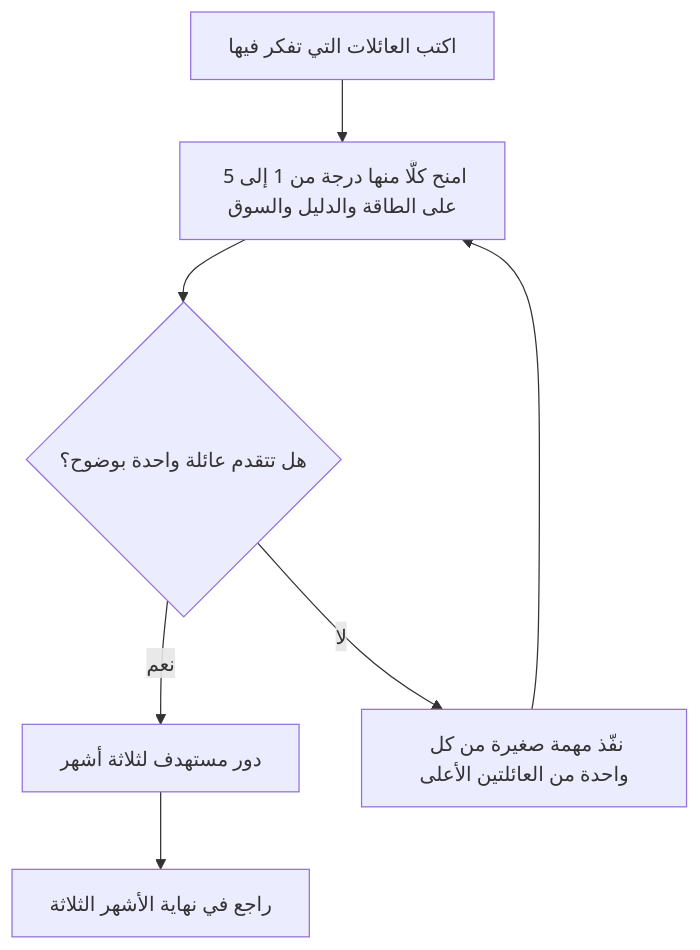
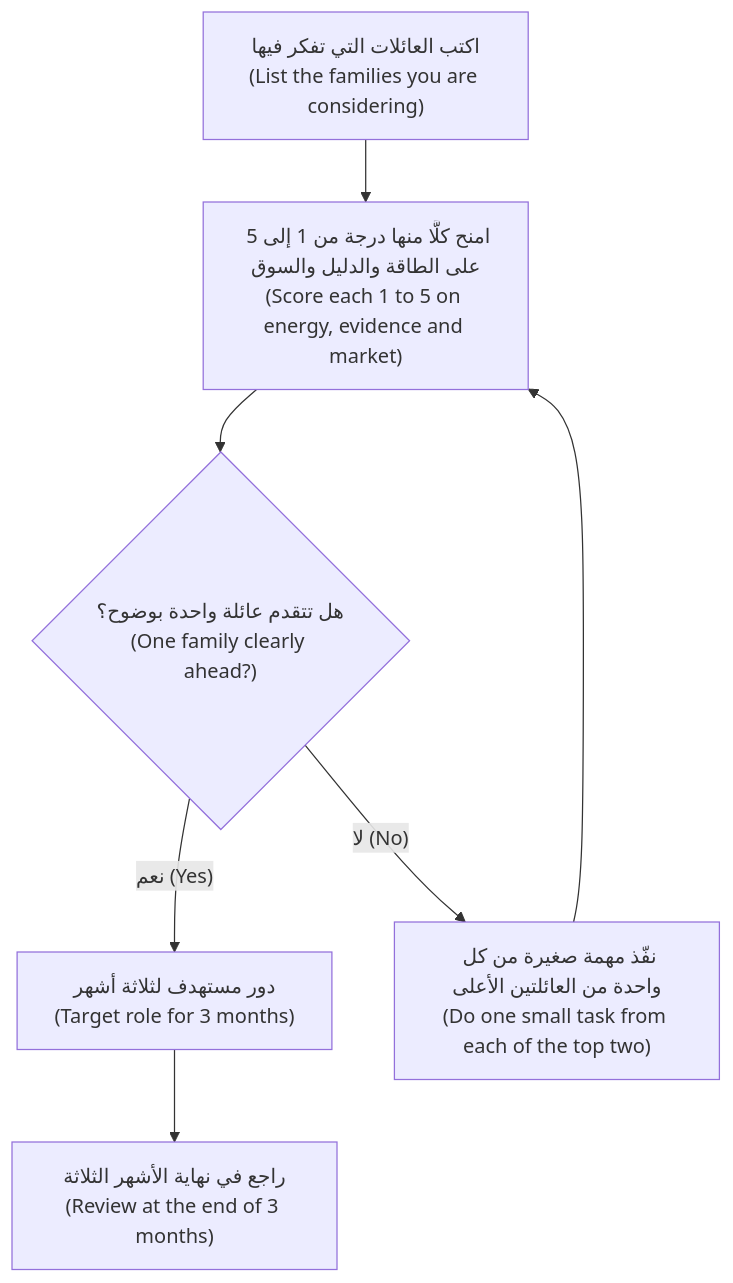
The second of 3 diagrams in career/modules/00-orientation.ar.md (Tamoura/system-design-for-vibe-coders), drawn with Mermaid before and after one commit. The commit also changed other lines of this file and 20 other files, not shown here.

First line of the commit message:
New courses: Arabic diagrams read right-to-left with English labels (modules 0–6)

````diff
--- a/career/modules/00-orientation.ar.md
+++ b/career/modules/00-orientation.ar.md
@@ -312,9 +312,9 @@
 ```mermaid
 flowchart TD
-    A["اكتب العائلات التي تفكر فيها"] --> B["امنح كلًّا منها درجة من 1 إلى 5 على الطاقة والدليل والسوق"]
-    B --> C{"هل تتقدم عائلة واحدة بوضوح؟"}
-    C -->|"نعم"| D["دور مستهدف لثلاثة أشهر"]
-    C -->|"لا"| E["نفّذ مهمة صغيرة من كل واحدة من العائلتين الأعلى"]
+    A["اكتب العائلات التي تفكر فيها<br/>(List the families you are considering)"] --> B["امنح كلًّا منها درجة من 1 إلى 5 على الطاقة والدليل والسوق<br/>(Score each 1 to 5 on energy, evidence and market)"]
+    B --> C{"هل تتقدم عائلة واحدة بوضوح؟<br/>(One family clearly ahead?)"}
+    C -->|"نعم (Yes)"| D["دور مستهدف لثلاثة أشهر<br/>(Target role for 3 months)"]
+    C -->|"لا (No)"| E["نفّذ مهمة صغيرة من كل واحدة من العائلتين الأعلى<br/>(Do one small task from each of the top two)"]
     E --> B
-    D --> F["راجع في نهاية الأشهر الثلاثة"]
+    D --> F["راجع في نهاية الأشهر الثلاثة<br/>(Review at the end of 3 months)"]
 ```
````
